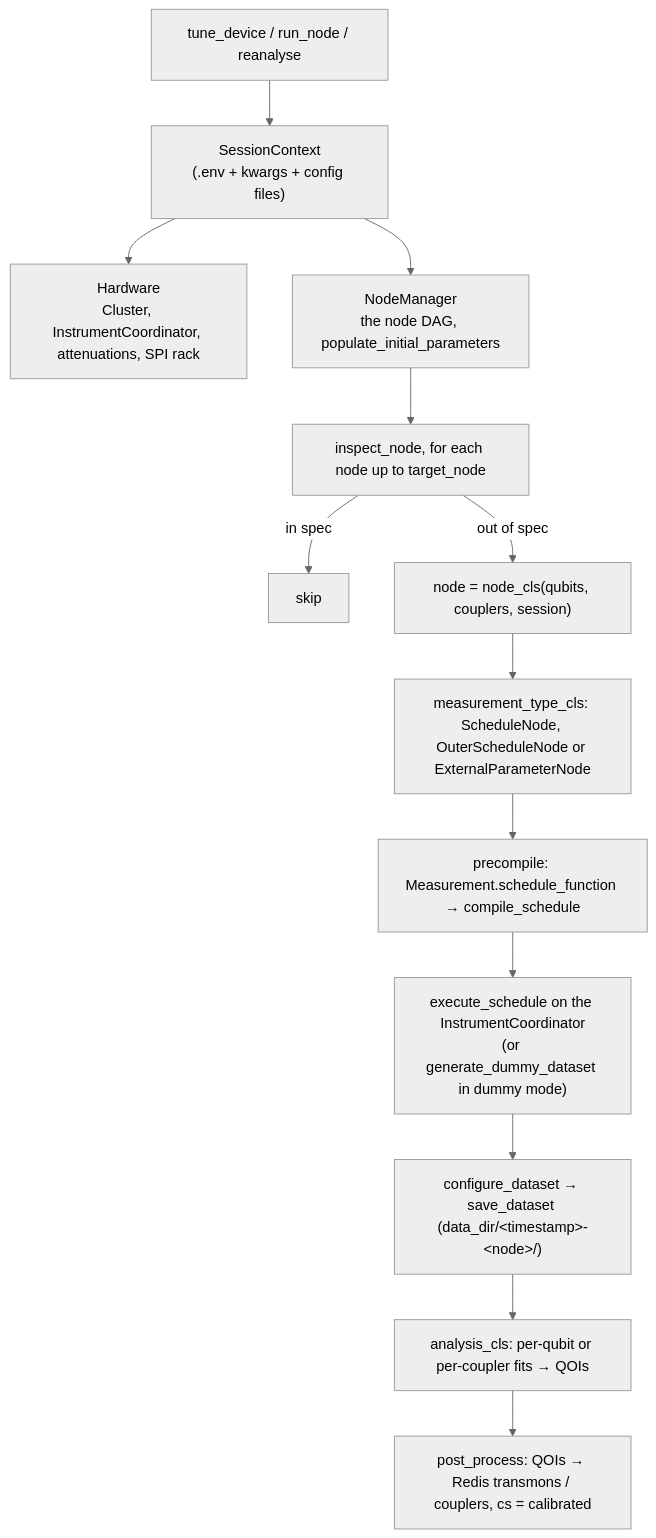
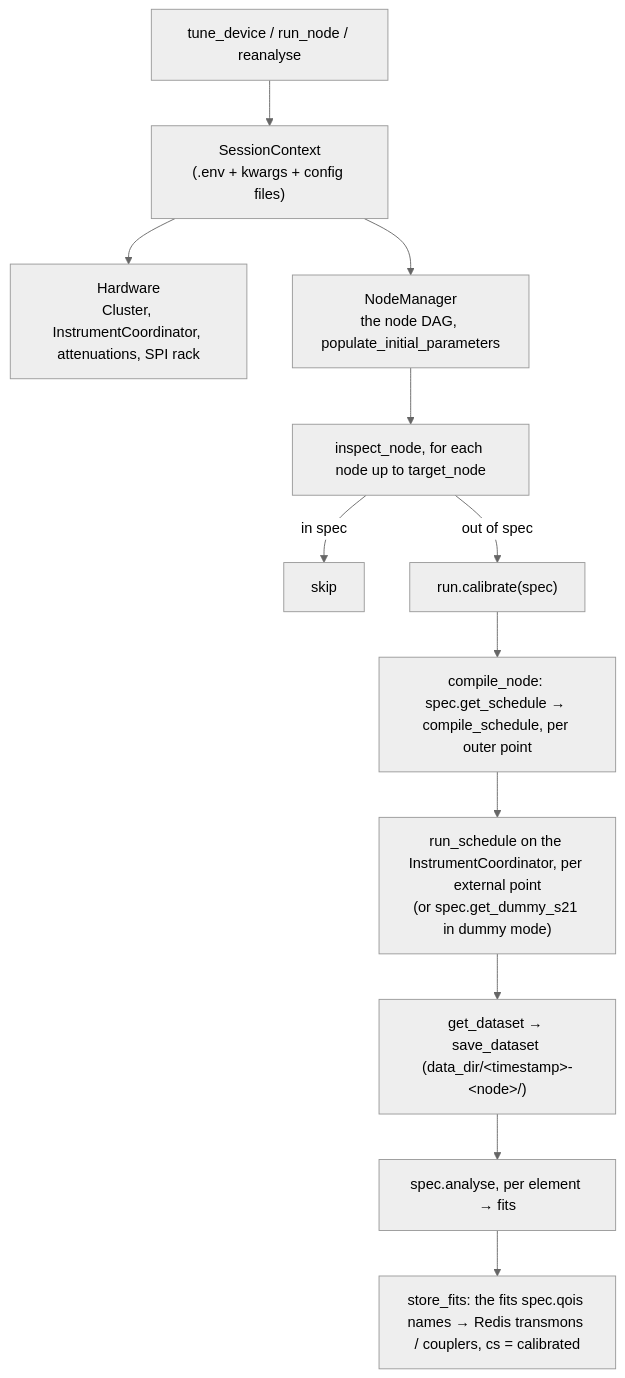
Before and after one commit to tergite/tergite-tuner: the diagram in DESIGN.md, drawn with Mermaid (neutral theme). The commit also changed other lines of this file and 60 other files, not shown here.

````diff
--- a/DESIGN.md
+++ b/DESIGN.md
@@ -22,15 +22,14 @@
 ```mermaid
 flowchart TD
     E["tune_device / run_node / reanalyse"] --> S["SessionContext<br/>(.env + kwargs + config files)"]
     S --> H["Hardware<br/>Cluster, InstrumentCoordinator, attenuations, SPI rack"]
     S --> M["NodeManager<br/>the node DAG, populate_initial_parameters"]
     M --> I["inspect_node, for each node up to target_node"]
     I -->|in spec| R["skip"]
-    I -->|out of spec| N["node = node_cls(qubits, couplers, session)"]
-    N --> T["measurement_type_cls: ScheduleNode, OuterScheduleNode or ExternalParameterNode"]
-    T --> C["precompile: Measurement.schedule_function → compile_schedule"]
-    C --> X["execute_schedule on the InstrumentCoordinator<br/>(or generate_dummy_dataset in dummy mode)"]
-    X --> D["configure_dataset → save_dataset (data_dir/&lt;timestamp&gt;-&lt;node&gt;/)"]
-    D --> A["analysis_cls: per-qubit or per-coupler fits → QOIs"]
-    A --> Q["post_process: QOIs → Redis transmons / couplers, cs = calibrated"]
+    I -->|out of spec| N["run.calibrate(spec)"]
+    N --> C["compile_node: spec.get_schedule → compile_schedule, per outer point"]
+    C --> X["run_schedule on the InstrumentCoordinator, per external point<br/>(or spec.get_dummy_s21 in dummy mode)"]
+    X --> D["get_dataset → save_dataset (data_dir/&lt;timestamp&gt;-&lt;node&gt;/)"]
+    D --> A["spec.analyse, per element → fits"]
+    A --> Q["store_fits: the fits spec.qois names → Redis transmons / couplers, cs = calibrated"]
 ```
````
